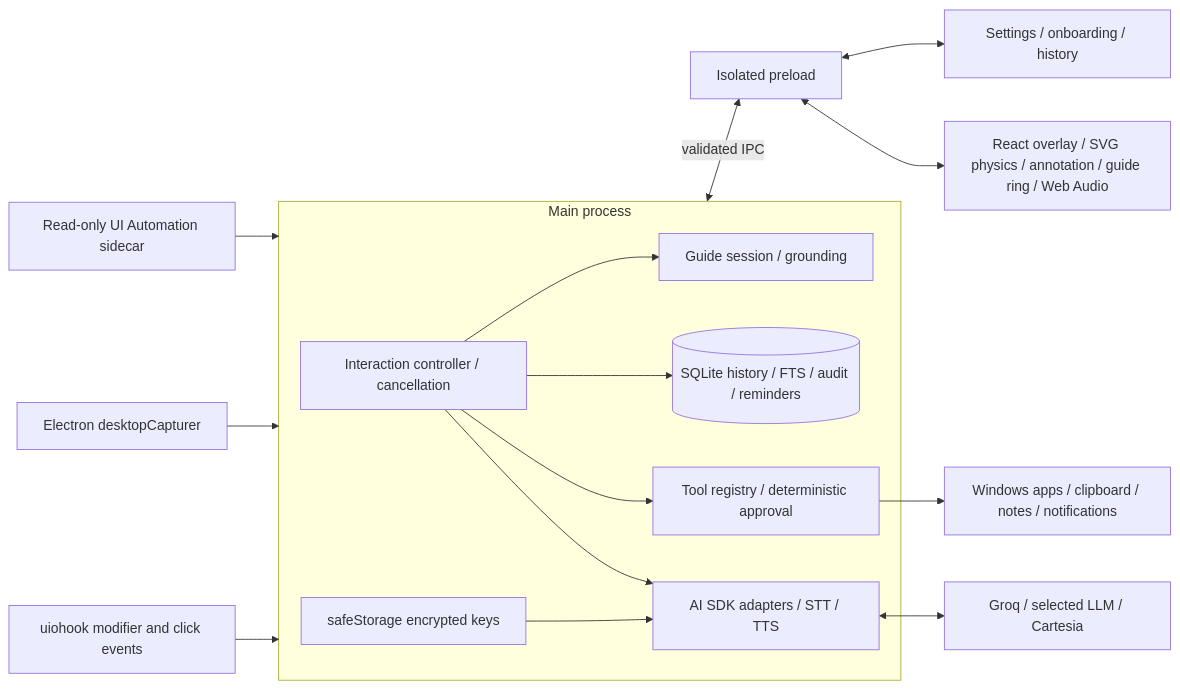
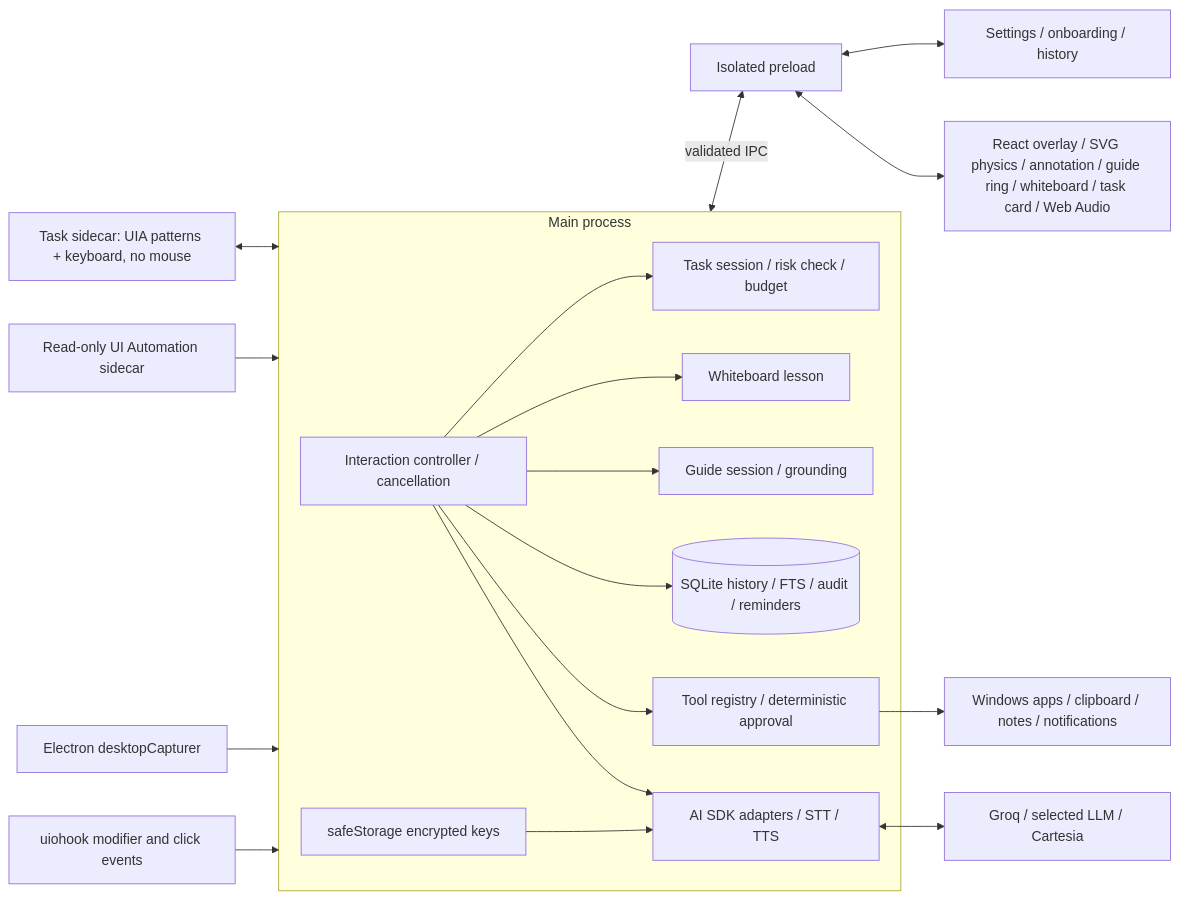
The first of 2 diagrams in docs/architecture.md (Dheeraj-Manwani/kite), drawn with Mermaid before and after one commit. The commit also changed other lines of this file and 54 other files, not shown here.

````diff
--- a/docs/architecture.md
+++ b/docs/architecture.md
@@ -5,24 +5,29 @@
 ```mermaid
 flowchart LR
   Hook[uiohook modifier and click events] --> Main
   Screen[Electron desktopCapturer] --> Main
   UIA[Read-only UI Automation sidecar] --> Main
+  ACT[Task sidecar: UIA patterns + keyboard, no mouse] <--> Main
   subgraph Main[Main process]
     Controller[Interaction controller / cancellation]
     Providers[AI SDK adapters / STT / TTS]
     Policy[Tool registry / deterministic approval]
     Guide[Guide session / grounding]
+    Board[Whiteboard lesson]
+    Task[Task session / risk check / budget]
     DB[(SQLite history / FTS / audit / reminders)]
     Secrets[safeStorage encrypted keys]
     Controller --> Providers
     Controller --> Policy
     Controller --> DB
     Controller --> Guide
+    Controller --> Board
+    Controller --> Task
     Secrets --> Providers
   end
   Main <-->|validated IPC| Bridge[Isolated preload]
-  Bridge <--> Overlay[React overlay / SVG physics / annotation / guide ring / Web Audio]
+  Bridge <--> Overlay[React overlay / SVG physics / annotation / guide ring / whiteboard / task card / Web Audio]
   Bridge <--> Settings[Settings / onboarding / history]
   Providers <--> APIs[Groq / selected LLM / Cartesia]
   Policy --> OS[Windows apps / clipboard / notes / notifications]
 ```
````
